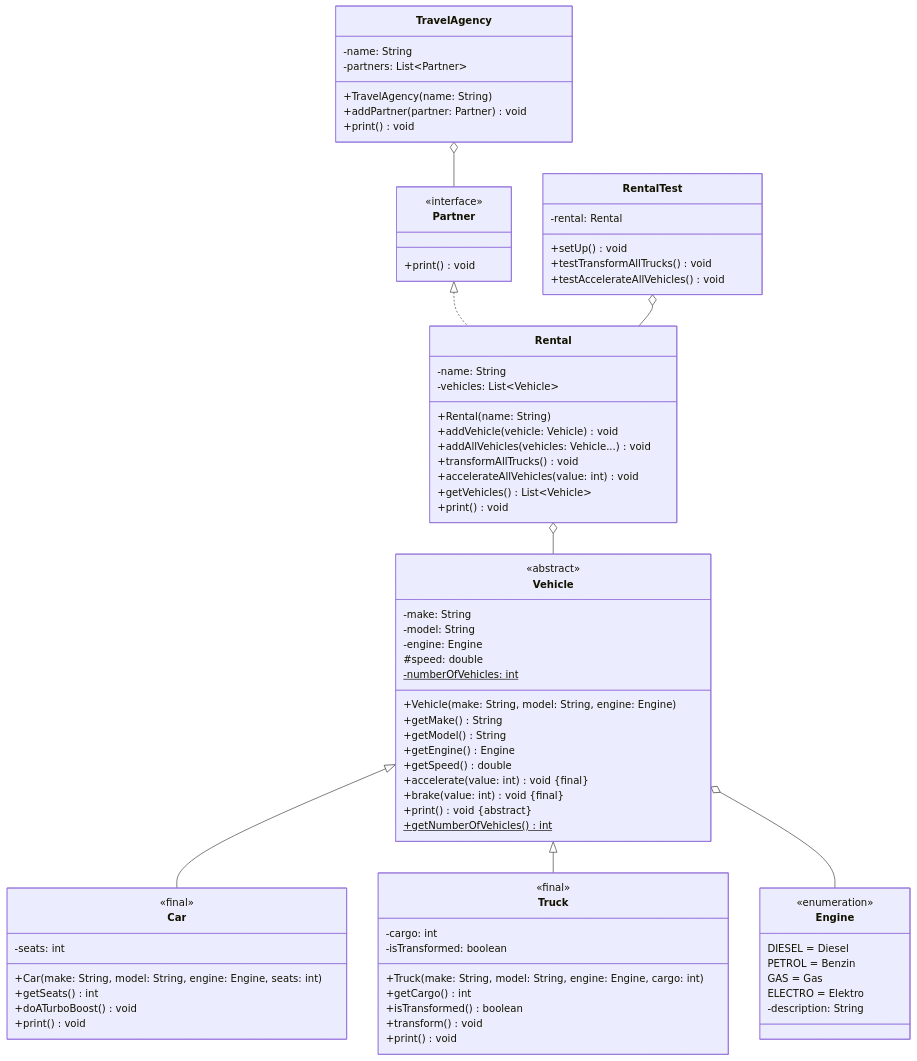
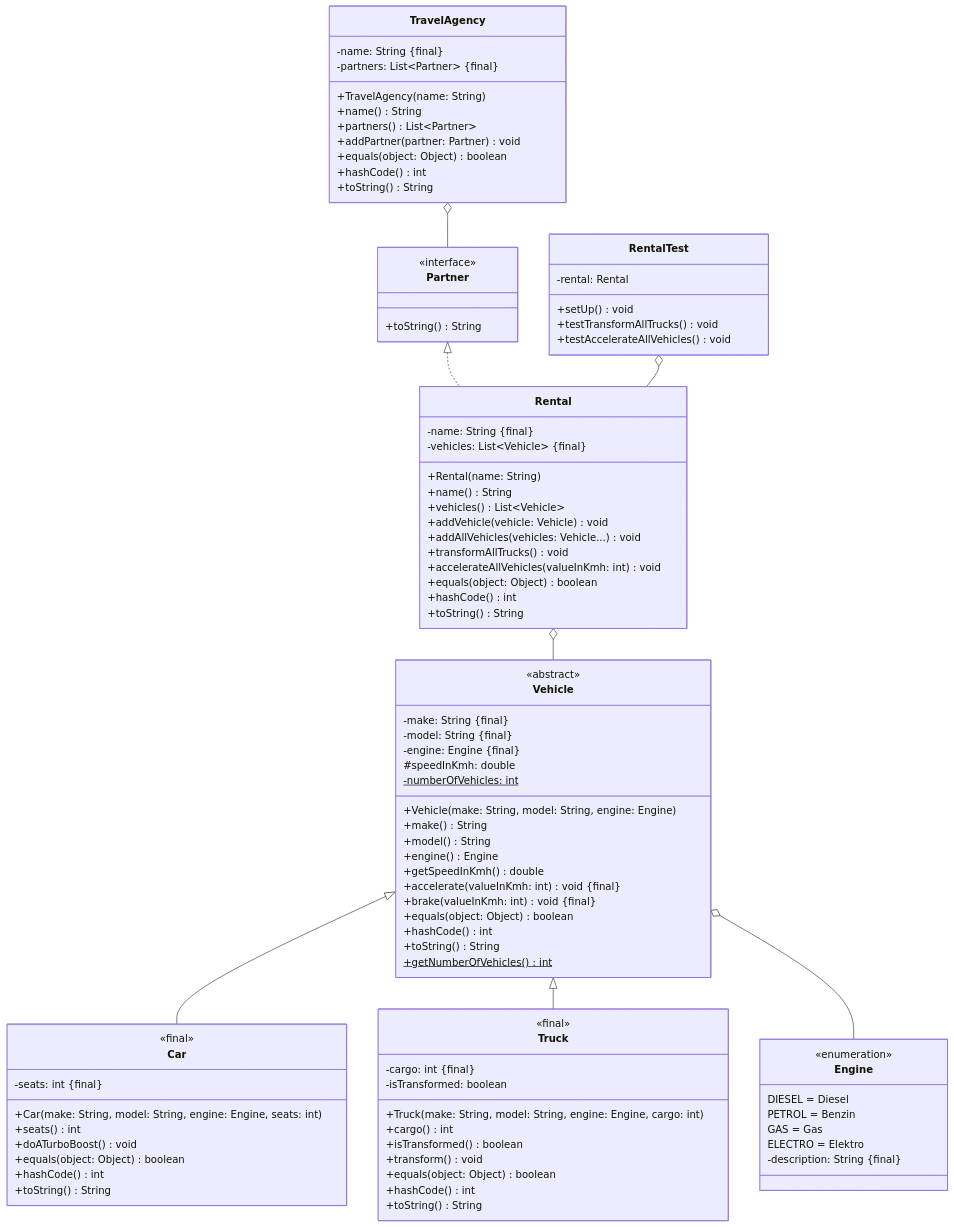
The diagram in docs/exercises/unit-tests/unit-tests02.md (jappuccini/java-docs), drawn with Mermaid before and after one commit. The commit also changed other lines of this file and 39 other files, not shown here.

```diff
--- a/docs/exercises/unit-tests/unit-tests02.md
+++ b/docs/exercises/unit-tests/unit-tests02.md
@@ -21,19 +21,21 @@
 
     class Vehicle {
         <<abstract>>
-        -make: String
-        -model: String
-        -engine: Engine
-        #speed: double
+        -make: String &#123final&#125
+        -model: String &#123final&#125
+        -engine: Engine &#123final&#125
+        #speedInKmh: double
         -numberOfVehicles: int$
         +Vehicle(make: String, model: String, engine: Engine)
-        +getMake() String
-        +getModel() String
-        +getEngine() Engine
-        +getSpeed() double
-        +accelerate(value: int) void &#123final&#125
-        +brake(value: int) void &#123final&#125
-        +print() void &#123abstract&#125
+        +make() String
+        +model() String
+        +engine() Engine
+        +getSpeedInKmh() double
+        +accelerate(valueInKmh: int) void &#123final&#125
+        +brake(valueInKmh: int) void &#123final&#125
+        +equals(object: Object) boolean
+        +hashCode() int
+        +toString() String
         +getNumberOfVehicles()$ int
     }
 
@@ -43,52 +45,63 @@
         PETROL = Benzin
         GAS = Gas
         ELECTRO = Elektro
-        -description: String
+        -description: String &#123final&#125
     }
 
     class Car {
         <<final>>
-        -seats: int
+        -seats: int &#123final&#125
         +Car(make: String, model: String, engine: Engine, seats: int)
-        +getSeats() int
+        +seats() int
         +doATurboBoost() void
-        +print() void
+        +equals(object: Object) boolean
+        +hashCode() int
+        +toString() String
     }
 
     class Truck {
         <<final>>
-        -cargo: int
+        -cargo: int &#123final&#125
         -isTransformed: boolean
         +Truck(make: String, model: String, engine: Engine, cargo: int)
-        +getCargo() int
+        +cargo() int
         +isTransformed() boolean
         +transform() void
-        +print() void
+        +equals(object: Object) boolean
+        +hashCode() int
+        +toString() String
     }
 
     class Rental {
-        -name: String
-        -vehicles: List~Vehicle~
+        -name: String &#123final&#125
+        -vehicles: List~Vehicle~ &#123final&#125
         +Rental(name: String)
+        +name() String
+        +vehicles() List~Vehicle~
         +addVehicle(vehicle: Vehicle) void
         +addAllVehicles(vehicles: Vehicle...) void
         +transformAllTrucks() void
-        +accelerateAllVehicles(value: int) void
-        +getVehicles() List~Vehicle~
-        +print() void
+        +accelerateAllVehicles(valueInKmh: int) void
+        +equals(object: Object) boolean
+        +hashCode() int
+        +toString() String
     }
 
     class Partner {
         <<interface>>
-        +print() void
+        +toString() String
     }
 
     class TravelAgency {
-        -name: String
-        -partners: List~Partner~
+        -name: String &#123final&#125
+        -partners: List~Partner~ &#123final&#125
         +TravelAgency(name: String)
+        +name() String
+        +partners() List~Partner~
         +addPartner(partner: Partner) void
-        +print() void
+        +equals(object: Object) boolean
+        +hashCode() int
+        +toString() String
     }
 
     class RentalTest {
```
